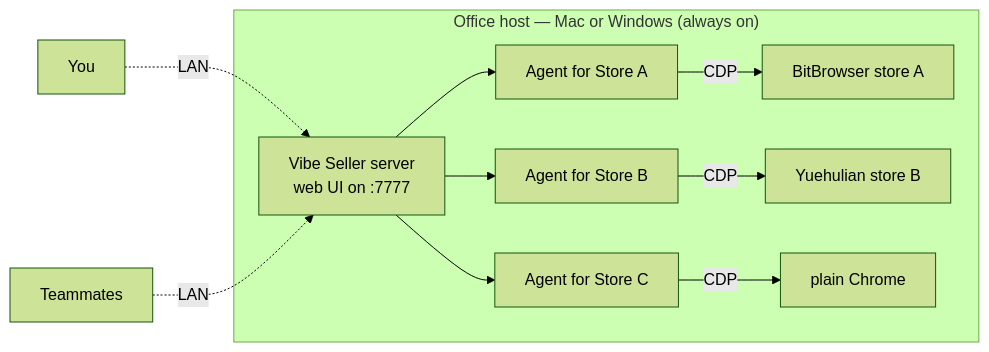
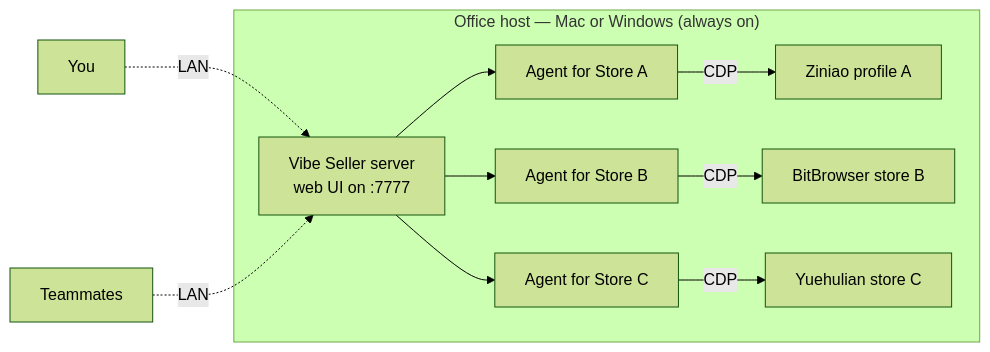
The diagram in README_en.md (zpoint/vibe-seller), drawn with Mermaid (forest theme) before and after one commit. The commit also changed 3 other files, not shown here.

Commit message:
docs: diagram keeps Ziniao for store A; B and C become BitBrowser and Yuehulian

````diff
--- a/README_en.md
+++ b/README_en.md
@@ -50,14 +50,14 @@
 ```mermaid
 flowchart LR
     U1[You] -.LAN.-> S
     U2[Teammates] -.LAN.-> S
     subgraph OfficeHost["Office host — Mac or Windows (always on)"]
         S[Vibe Seller server<br/>web UI on :7777]
         S --> A1[Agent for Store A]
         S --> A2[Agent for Store B]
         S --> A3[Agent for Store C]
-        A1 -->|CDP| Z1[BitBrowser store A]
-        A2 -->|CDP| Z2[Yuehulian store B]
-        A3 -->|CDP| Z3[plain Chrome]
+        A1 -->|CDP| Z1[Ziniao profile A]
+        A2 -->|CDP| Z2[BitBrowser store B]
+        A3 -->|CDP| Z3[Yuehulian store C]
     end
 ```
````
